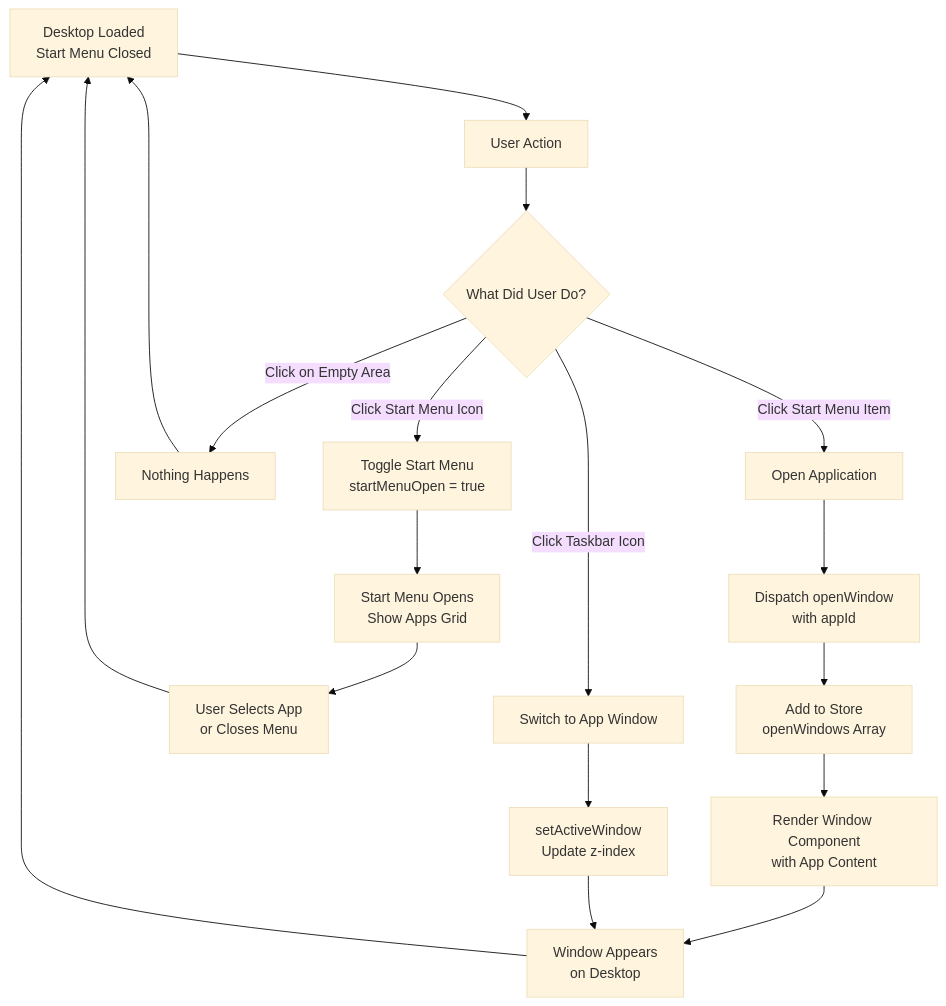
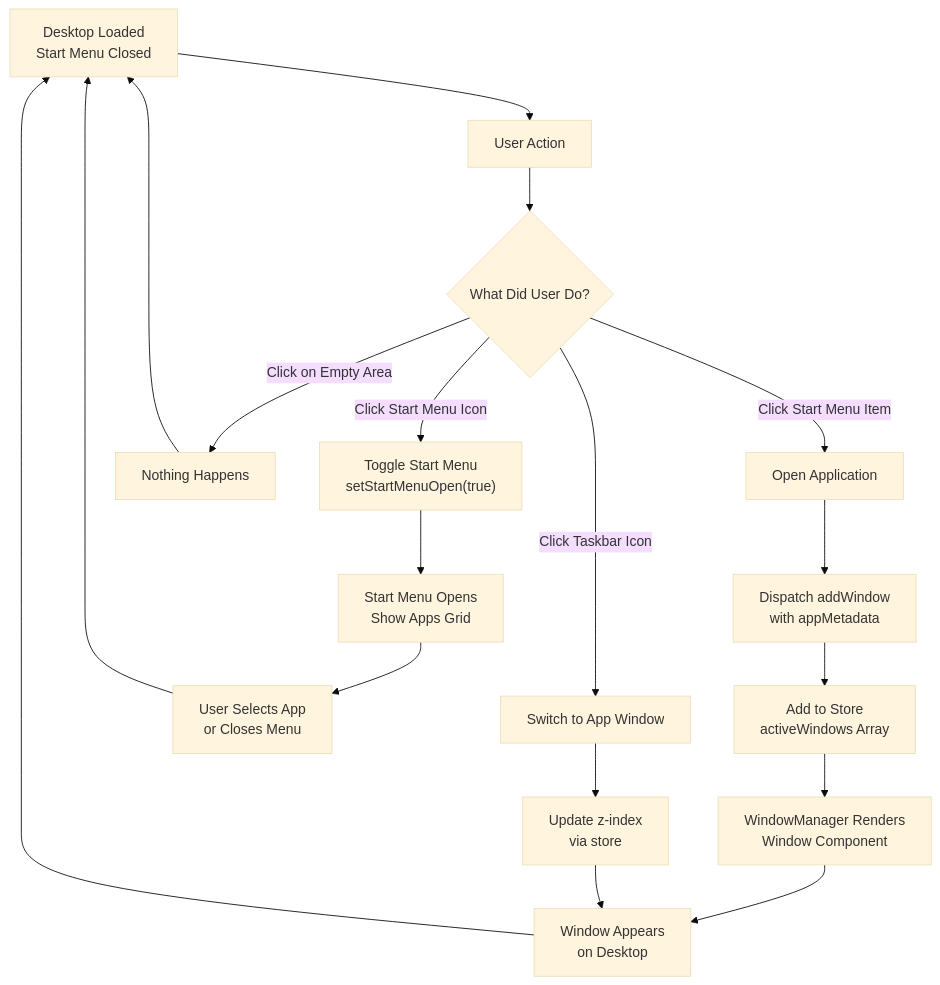
The third of 11 diagrams in docs/UI_FLOW.md (NatsuDrag9/portfolio-os), drawn with Mermaid (base theme) before and after one commit. The commit also changed other lines of this file and 7 other files, not shown here.

Commit message:
docs(app): correct architecture doc and add more docs

````diff
--- a/docs/UI_FLOW.md
+++ b/docs/UI_FLOW.md
@@ -74,29 +79,29 @@
 ```mermaid
 graph TD
     A["Desktop Loaded<br/>Start Menu Closed"]
 
     B["User Action"]
     A --> B
 
     B --> C{"What Did User Do?"}
 
-    C -->|Click Start Menu Icon| D["Toggle Start Menu<br/>startMenuOpen = true"]
+    C -->|Click Start Menu Icon| D["Toggle Start Menu<br/>setStartMenuOpen(true)"]
     C -->|Click Start Menu Item| E["Open Application"]
     C -->|Click Taskbar Icon| F["Switch to App Window"]
     C -->|Click on Empty Area| G["Nothing Happens"]
 
     D --> H["Start Menu Opens<br/>Show Apps Grid"]
     H --> I["User Selects App<br/>or Closes Menu"]
     I --> A
 
-    E --> J["Dispatch openWindow<br/>with appId"]
-    J --> K["Add to Store<br/>openWindows Array"]
-    K --> L["Render Window Component<br/>with App Content"]
+    E --> J["Dispatch addWindow<br/>with appMetadata"]
+    J --> K["Add to Store<br/>activeWindows Array"]
+    K --> L["WindowManager Renders<br/>Window Component"]
     L --> M["Window Appears<br/>on Desktop"]
     M --> A
 
-    F --> N["setActiveWindow<br/>Update z-index"]
+    F --> N["Update z-index<br/>via store"]
     N --> M
 
     G --> A
 ```
````
